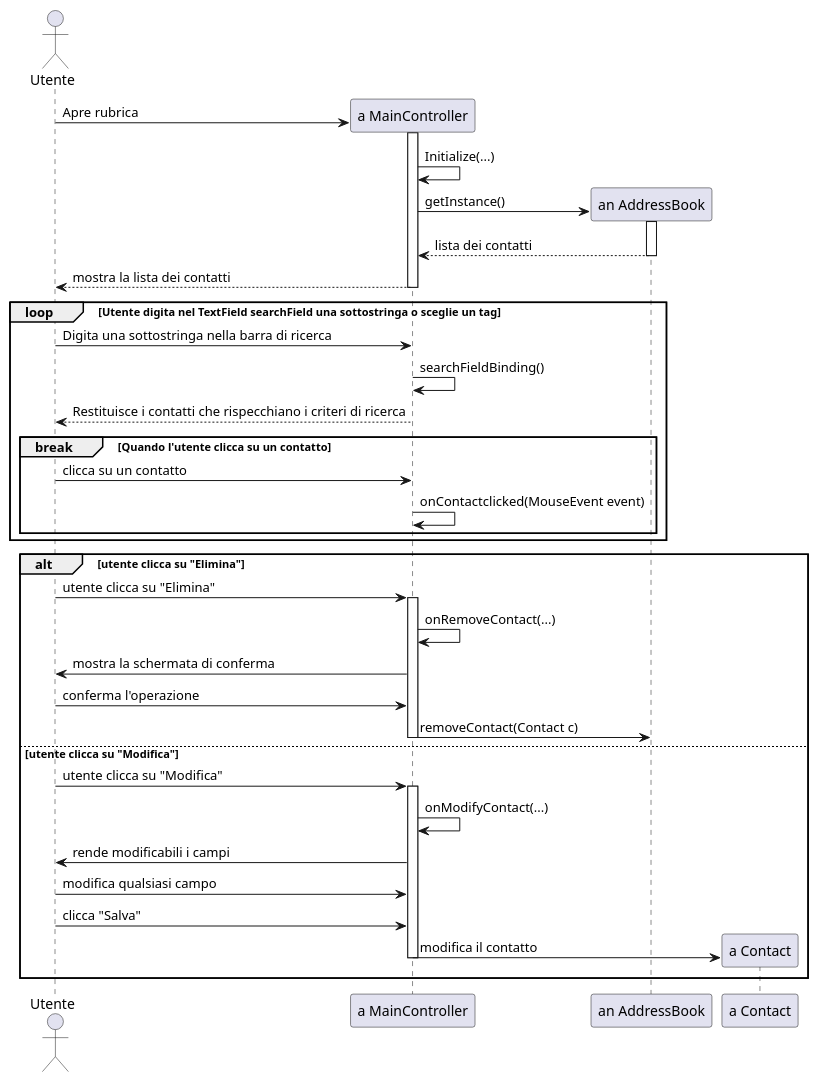
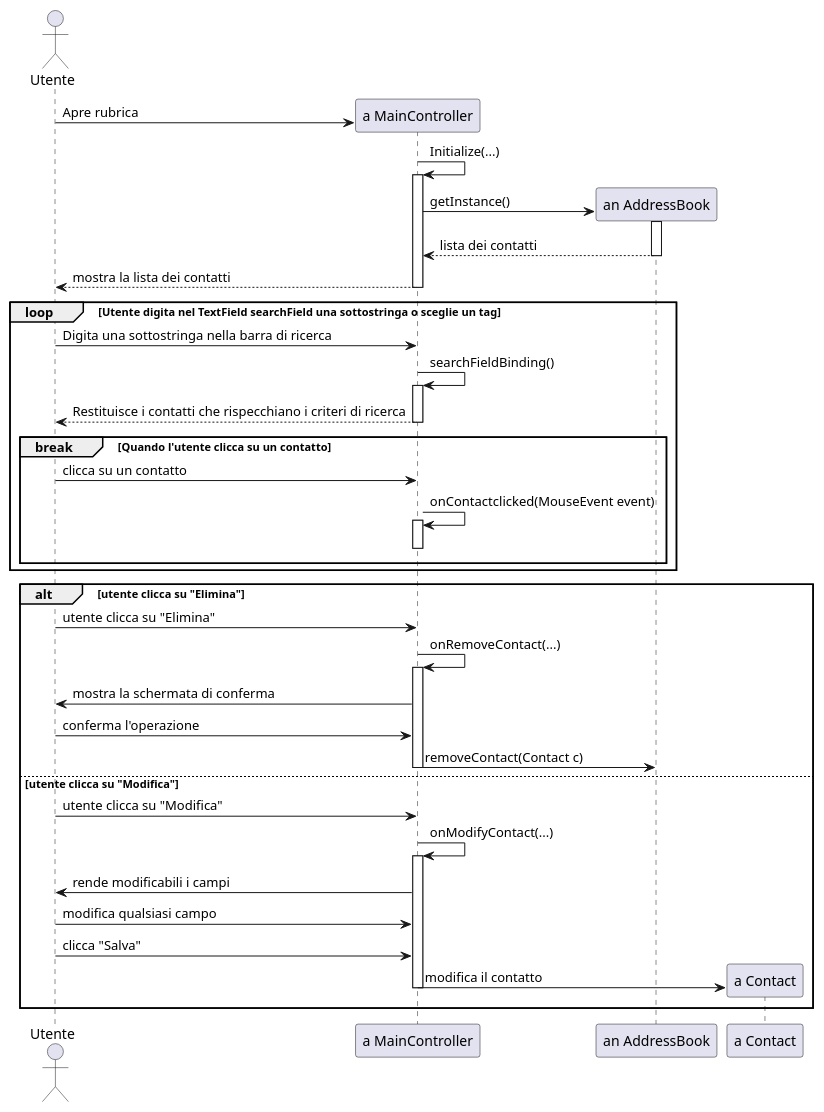
One commit to savaava/ProgettoRubrica changed the diagram in documenti/diagrammaSequenzaC2C3EliminareModificareContatto.puml. Above: the diagram before and after it, drawn with PlantUML. The commit also changed 1 other file, not shown here.

Commit message:
refactor di diagrammi di sequenza

```diff
--- a/documenti/diagrammaSequenzaC2C3EliminareModificareContatto.puml
+++ b/documenti/diagrammaSequenzaC2C3EliminareModificareContatto.puml
@@ -1,50 +1,54 @@
 @startuml EliminareModificareContatto
 
 actor Utente as u
 participant "a MainController" as mc 
 participant "an AddressBook" as ab 
 participant "a Contact" as c
 
 u -> mc ** : Apre rubrica
+mc -> mc : Initialize(...)
 activate mc 
-mc -> mc : Initialize(...)
 mc -> ab ** : getInstance()
 activate ab
 ab --> mc : lista dei contatti
 deactivate ab
 mc --> u : mostra la lista dei contatti
 deactivate
 loop Utente digita nel TextField searchField una sottostringa o sceglie un tag
     u -> mc : Digita una sottostringa nella barra di ricerca
     mc -> mc : searchFieldBinding()
+    activate mc
     mc --> u : Restituisce i contatti che rispecchiano i criteri di ricerca
+    deactivate mc
     break Quando l'utente clicca su un contatto
         u -> mc : clicca su un contatto
         mc -> mc : onContactclicked(MouseEvent event)
+        activate mc
+        deactivate mc
 
 end
 end
 deactivate mc
 
 alt utente clicca su "Elimina"
 u -> mc : utente clicca su "Elimina"
+mc -> mc : onRemoveContact(...)
 activate mc
-mc -> mc : onRemoveContact(...)
 mc -> u : mostra la schermata di conferma
 u -> mc : conferma l'operazione
 mc -> ab : removeContact(Contact c)
 deactivate mc
 
 else utente clicca su "Modifica"
 u -> mc : utente clicca su "Modifica"
+mc -> mc : onModifyContact(...)
 activate mc
-mc -> mc : onModifyContact(...)
 mc -> u : rende modificabili i campi
 u -> mc : modifica qualsiasi campo
 u -> mc : clicca "Salva"
 mc -> c ** : modifica il contatto
 deactivate mc
 
 end
 
 @enduml
```
